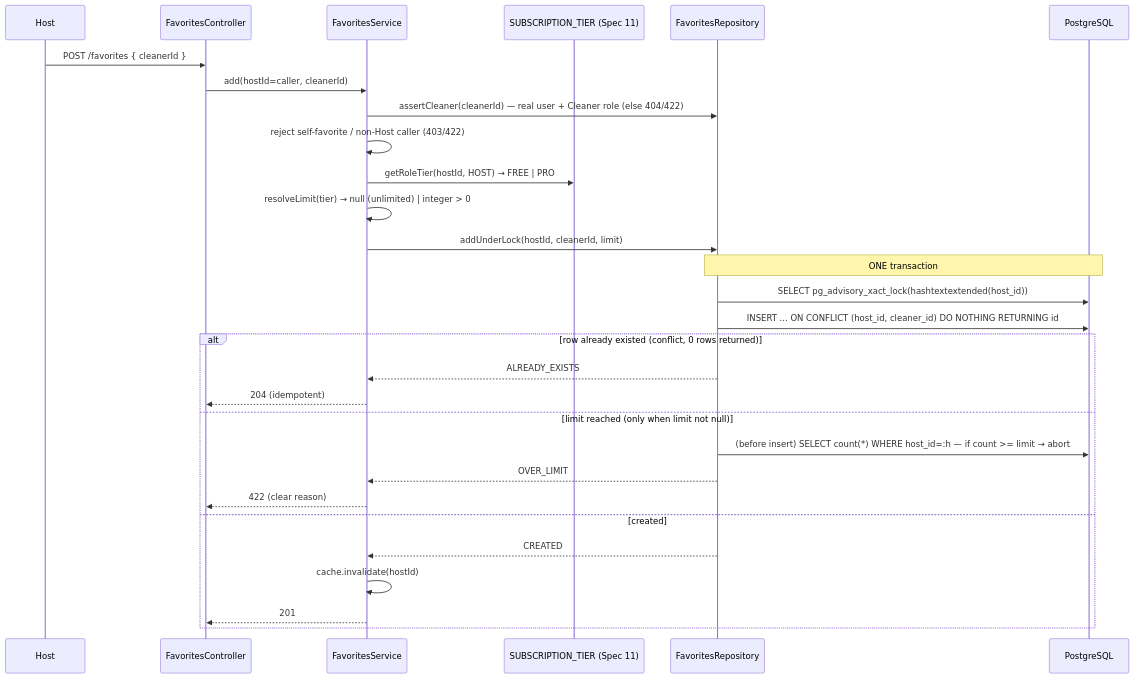
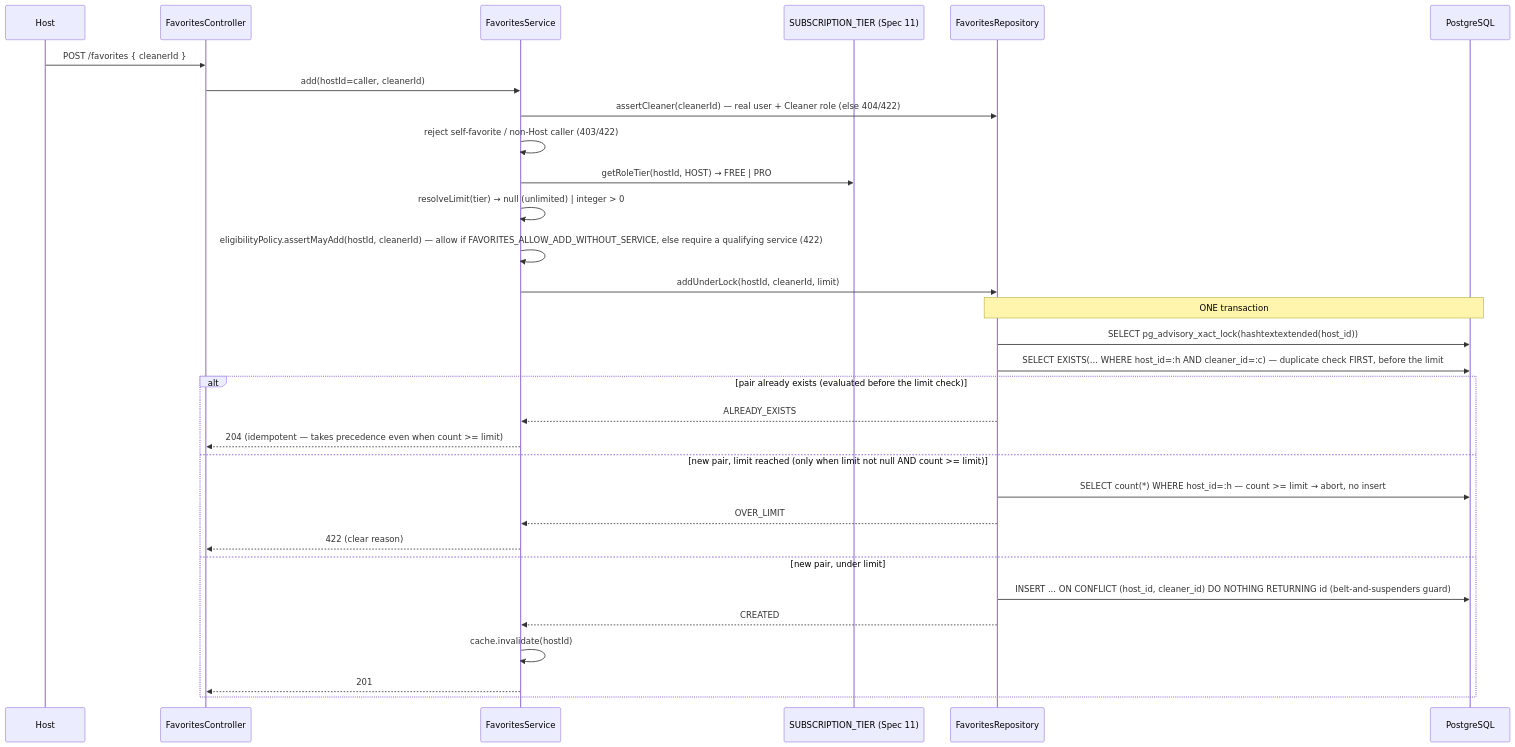
One commit to Sebastiandg007/bidclean changed the second of 4 diagrams in .kiro/specs/favorites/design.md. Above: the diagram before and after it, drawn with Mermaid. The commit also changed other lines of this file, not shown here.

Commit message:
docs(docs): apply team review fixes to favorites design

````diff
--- a/.kiro/specs/favorites/design.md
+++ b/.kiro/specs/favorites/design.md
@@ -126,32 +127,34 @@
 ```mermaid
 sequenceDiagram
     participant Host
     participant Ctrl as FavoritesController
     participant Svc as FavoritesService
     participant Tier as SUBSCRIPTION_TIER (Spec 11)
     participant Repo as FavoritesRepository
     participant DB as PostgreSQL
 
     Host->>Ctrl: POST /favorites { cleanerId }
     Ctrl->>Svc: add(hostId=caller, cleanerId)
     Svc->>Repo: assertCleaner(cleanerId) — real user + Cleaner role (else 404/422)
     Svc->>Svc: reject self-favorite / non-Host caller (403/422)
     Svc->>Tier: getRoleTier(hostId, HOST) → FREE | PRO
     Svc->>Svc: resolveLimit(tier) → null (unlimited) | integer > 0
+    Svc->>Svc: eligibilityPolicy.assertMayAdd(hostId, cleanerId) — allow if FAVORITES_ALLOW_ADD_WITHOUT_SERVICE, else require a qualifying service (422)
     Svc->>Repo: addUnderLock(hostId, cleanerId, limit)
     Note over Repo,DB: ONE transaction
     Repo->>DB: SELECT pg_advisory_xact_lock(hashtextextended(host_id))
-    Repo->>DB: INSERT ... ON CONFLICT (host_id, cleaner_id) DO NOTHING RETURNING id
-    alt row already existed (conflict, 0 rows returned)
+    Repo->>DB: SELECT EXISTS(... WHERE host_id=:h AND cleaner_id=:c) — duplicate check FIRST, before the limit
+    alt pair already exists (evaluated before the limit check)
         Repo-->>Svc: ALREADY_EXISTS
-        Svc-->>Ctrl: 204 (idempotent)
-    else limit reached (only when limit not null)
-        Repo->>DB: (before insert) SELECT count(*) WHERE host_id=:h — if count >= limit → abort
+        Svc-->>Ctrl: 204 (idempotent — takes precedence even when count >= limit)
+    else new pair, limit reached (only when limit not null AND count >= limit)
+        Repo->>DB: SELECT count(*) WHERE host_id=:h — count >= limit → abort, no insert
         Repo-->>Svc: OVER_LIMIT
         Svc-->>Ctrl: 422 (clear reason)
-    else created
+    else new pair, under limit
+        Repo->>DB: INSERT ... ON CONFLICT (host_id, cleaner_id) DO NOTHING RETURNING id (belt-and-suspenders guard)
         Repo-->>Svc: CREATED
         Svc->>Svc: cache.invalidate(hostId)
         Svc-->>Ctrl: 201
     end
 ```
````
